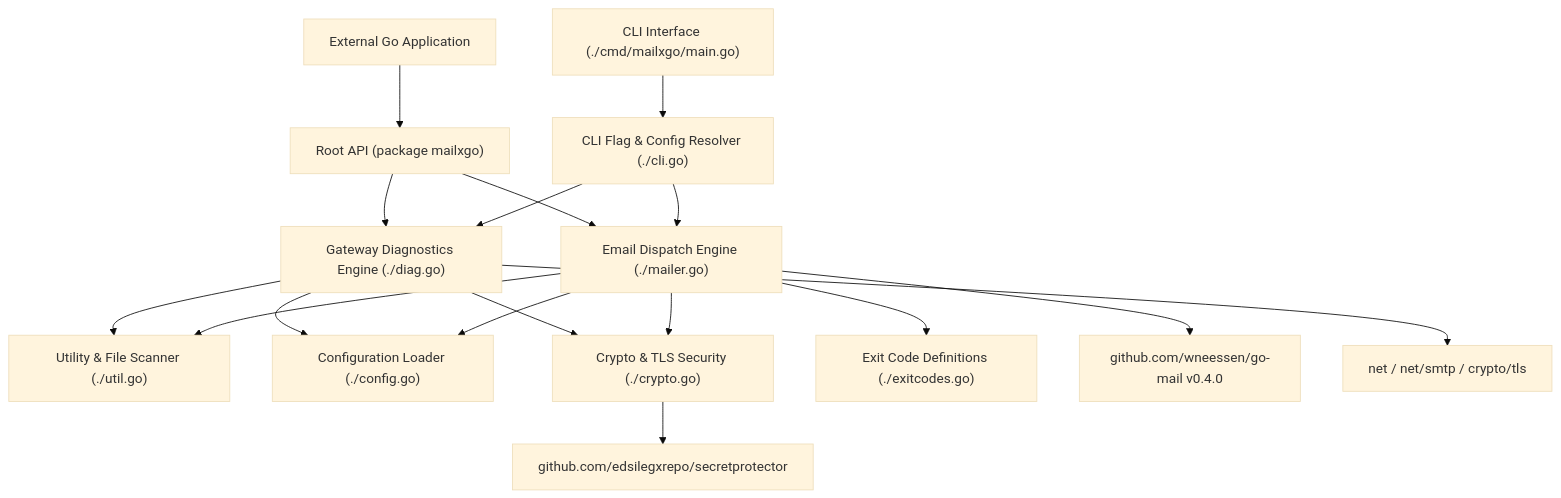
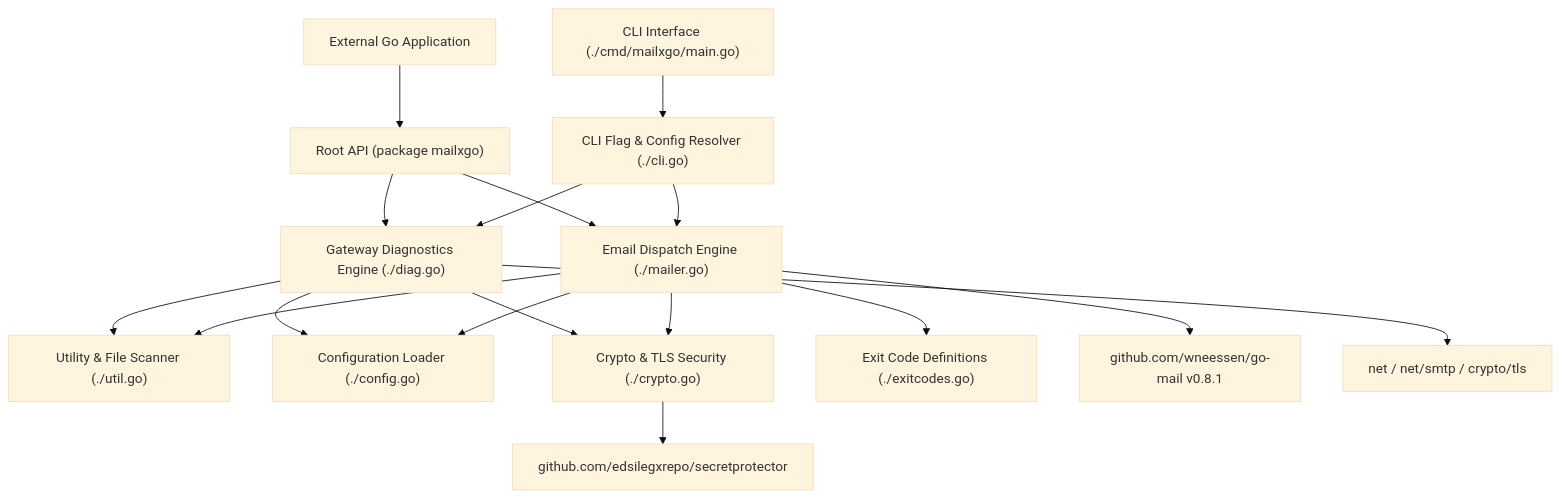
The first of 4 diagrams in ARCHITECTURE.md (edsilegxrepo/mailxgo), drawn with Mermaid (base theme) before and after one commit. The commit also changed other lines of this file and 19 other files, not shown here.

````diff
--- a/ARCHITECTURE.md
+++ b/ARCHITECTURE.md
@@ -8,22 +8,22 @@
 ```mermaid
 graph TD
     SubCLI["CLI Interface (./cmd/mailxgo/main.go)"] --> SubRunCLI["CLI Flag & Config Resolver (./cli.go)"]
     SubLib["External Go Application"] --> SubRoot["Root API (package mailxgo)"]
 
     SubRunCLI --> SubMailer["Email Dispatch Engine (./mailer.go)"]
     SubRunCLI --> SubDiag["Gateway Diagnostics Engine (./diag.go)"]
     SubRoot --> SubMailer
     SubRoot --> SubDiag
 
     SubMailer --> SubUtil["Utility & File Scanner (./util.go)"]
     SubMailer --> SubConfig["Configuration Loader (./config.go)"]
     SubMailer --> SubCrypto["Crypto & TLS Security (./crypto.go)"]
     SubDiag --> SubUtil
     SubDiag --> SubConfig
     SubDiag --> SubCrypto
     SubMailer --> SubExit["Exit Code Definitions (./exitcodes.go)"]
 
-    SubMailer --> ExtMail["github.com/wneessen/go-mail v0.4.0"]
+    SubMailer --> ExtMail["github.com/wneessen/go-mail v0.8.1"]
     SubCrypto --> ExtSecProt["github.com/edsilegxrepo/secretprotector"]
     SubDiag --> NetGo["net / net/smtp / crypto/tls"]
 ```
````
